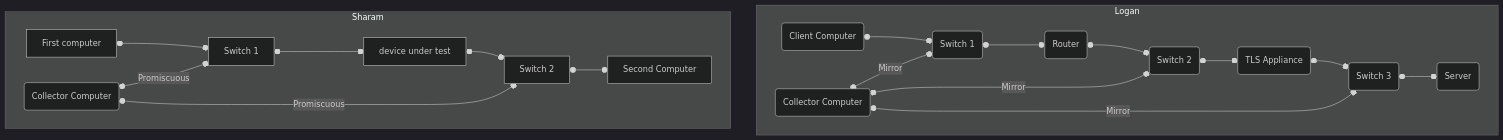
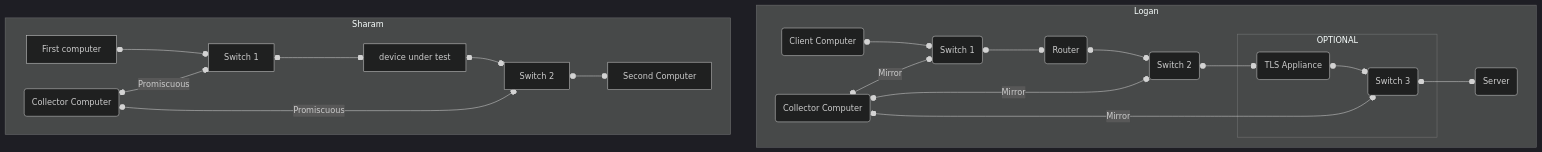
The diagram in README.md (illinoisrobert/illinoisrobert.github.io), drawn with Mermaid (dark theme) before and after one commit.

Commit message:
Update README.md
Cover the use case where switch2 connections directly to server.

````diff
--- a/README.md
+++ b/README.md
@@ -3,26 +3,28 @@
 ```mermaid
 flowchart TD
   subgraph Logan
         client o--o switch1 o--o router o--o switch2 o--o tls o--o switch3 o--o server
-        switch3("Switch 3")
         switch2("Switch 2")
         switch1("Switch 1")
+    subgraph OPTIONAL
+        switch3("Switch 3")
+        tls("TLS Appliance")
+    end
         server("Server")
-        tls("TLS Appliance")
         router("Router")
         client("Client Computer")
     collector("Collector Computer") o-- Mirror --o switch1 & switch2 & switch3   
   end
 
   subgraph Sharam
         computer1["First computer"] o--o sswitch1[Switch 1] o--o dut["device under test"] o--o sswitch2[Switch 2] o--o computer2["Second Computer"] 
         switch3("Switch 3")
         switch2("Switch 2")
         switch1("Switch 1")
         server("Server")
         tls("TLS Appliance")
         router("Router")
         client("Client Computer")
     scollector("Collector Computer") o-- Promiscuous --o sswitch1 & sswitch2   
   end
 ```
````
